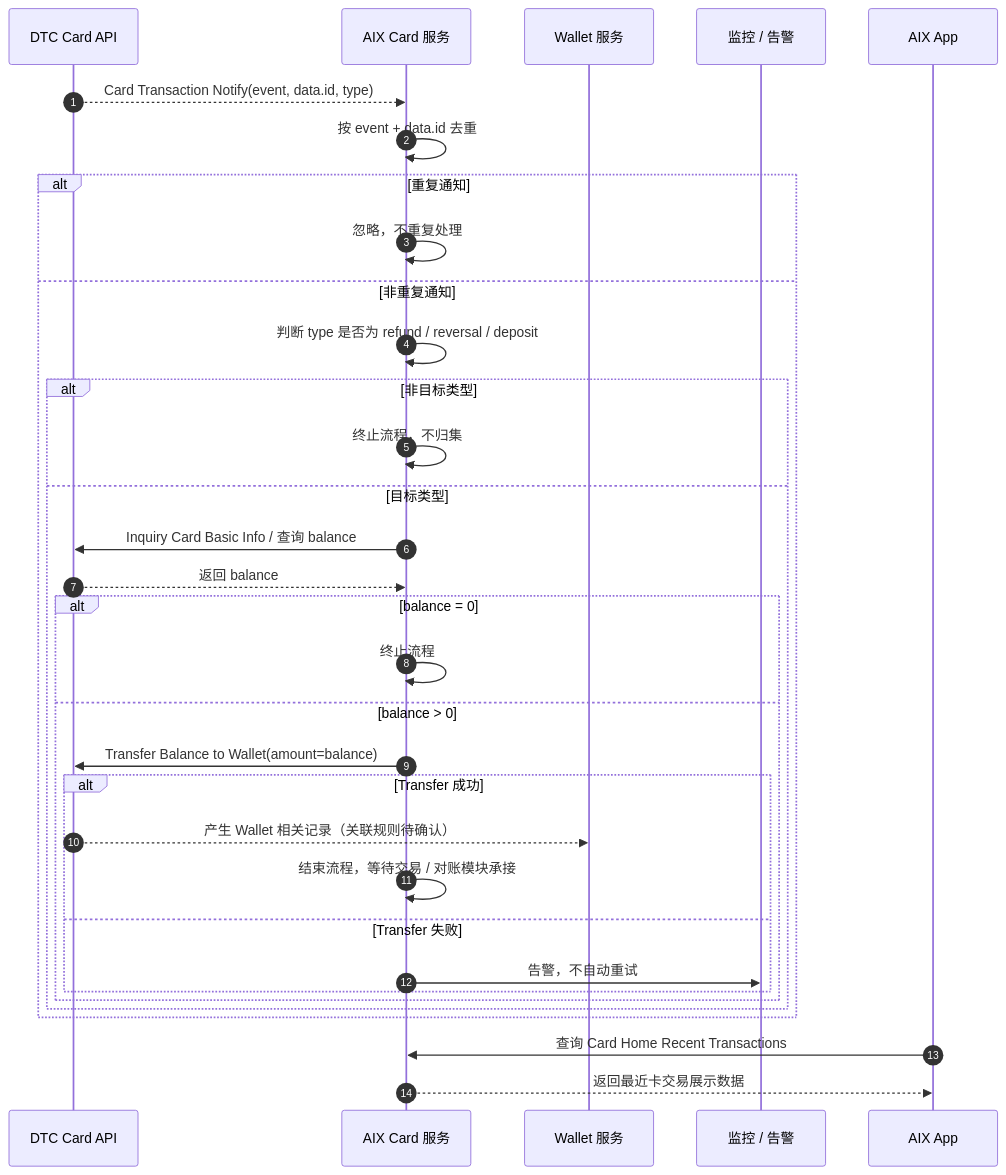
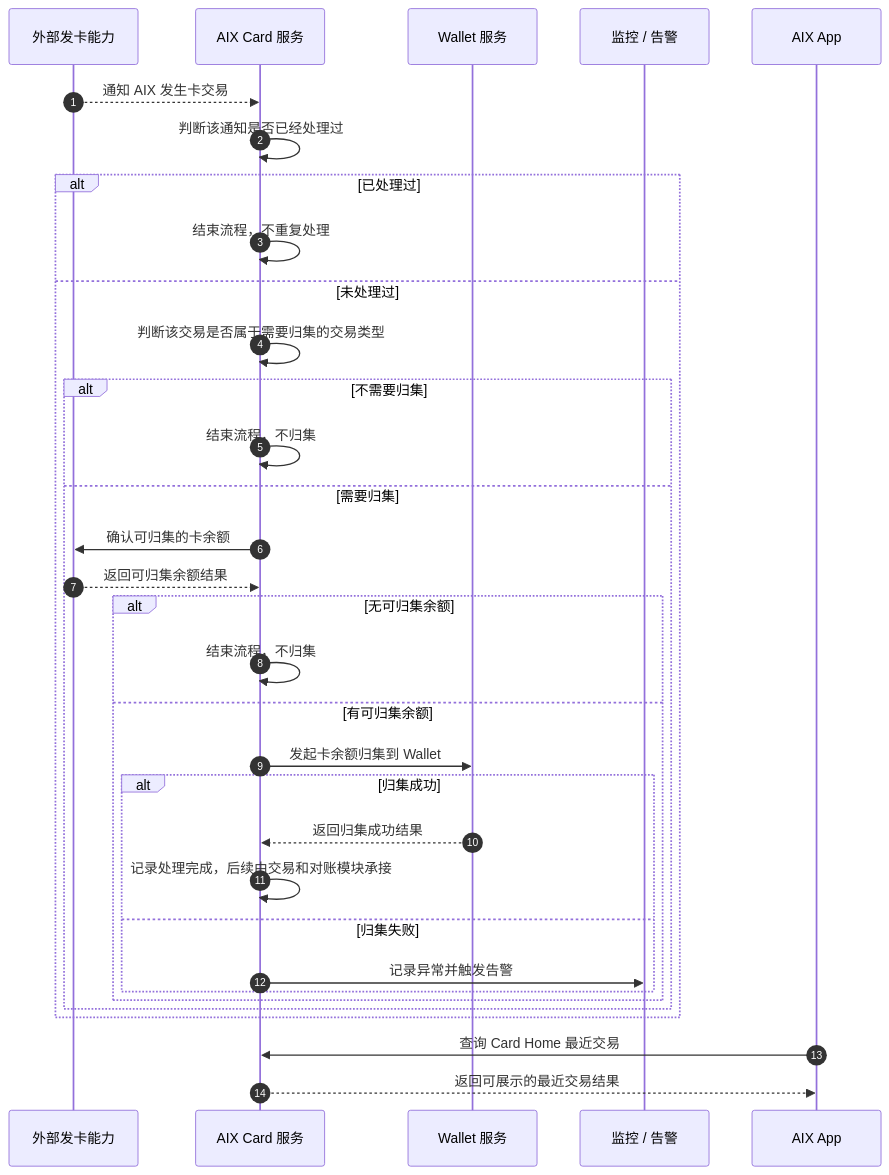
The first of 2 diagrams in knowledge-base/card/transaction.md (kelvin381539960-cyber/prd-for-ai), drawn with Mermaid before and after one commit.

Commit message:
Make card transaction sequence diagram business-oriented

````diff
--- a/knowledge-base/card/transaction.md
+++ b/knowledge-base/card/transaction.md
@@ -67,36 +67,36 @@
 ```mermaid
 sequenceDiagram
     autonumber
-    participant DTC as DTC Card API
+    participant External as 外部发卡能力
     participant Card as AIX Card 服务
     participant Wallet as Wallet 服务
     participant Monitor as 监控 / 告警
     participant App as AIX App
 
-    DTC-->>Card: Card Transaction Notify(event, data.id, type)
-    Card->>Card: 按 event + data.id 去重
-    alt 重复通知
-        Card->>Card: 忽略，不重复处理
-    else 非重复通知
-        Card->>Card: 判断 type 是否为 refund / reversal / deposit
-        alt 非目标类型
-            Card->>Card: 终止流程，不归集
-        else 目标类型
-            Card->>DTC: Inquiry Card Basic Info / 查询 balance
-            DTC-->>Card: 返回 balance
-            alt balance = 0
-                Card->>Card: 终止流程
-            else balance > 0
-                Card->>DTC: Transfer Balance to Wallet(amount=balance)
-                alt Transfer 成功
-                    DTC-->>Wallet: 产生 Wallet 相关记录（关联规则待确认）
-                    Card->>Card: 结束流程，等待交易 / 对账模块承接
-                else Transfer 失败
-                    Card->>Monitor: 告警，不自动重试
+    External-->>Card: 通知 AIX 发生卡交易
+    Card->>Card: 判断该通知是否已经处理过
+    alt 已处理过
+        Card->>Card: 结束流程，不重复处理
+    else 未处理过
+        Card->>Card: 判断该交易是否属于需要归集的交易类型
+        alt 不需要归集
+            Card->>Card: 结束流程，不归集
+        else 需要归集
+            Card->>External: 确认可归集的卡余额
+            External-->>Card: 返回可归集余额结果
+            alt 无可归集余额
+                Card->>Card: 结束流程，不归集
+            else 有可归集余额
+                Card->>Wallet: 发起卡余额归集到 Wallet
+                alt 归集成功
+                    Wallet-->>Card: 返回归集成功结果
+                    Card->>Card: 记录处理完成，后续由交易和对账模块承接
+                else 归集失败
+                    Card->>Monitor: 记录异常并触发告警
                 end
             end
         end
     end
-    App->>Card: 查询 Card Home Recent Transactions
-    Card-->>App: 返回最近卡交易展示数据
+    App->>Card: 查询 Card Home 最近交易
+    Card-->>App: 返回可展示的最近交易结果
 ```
````
